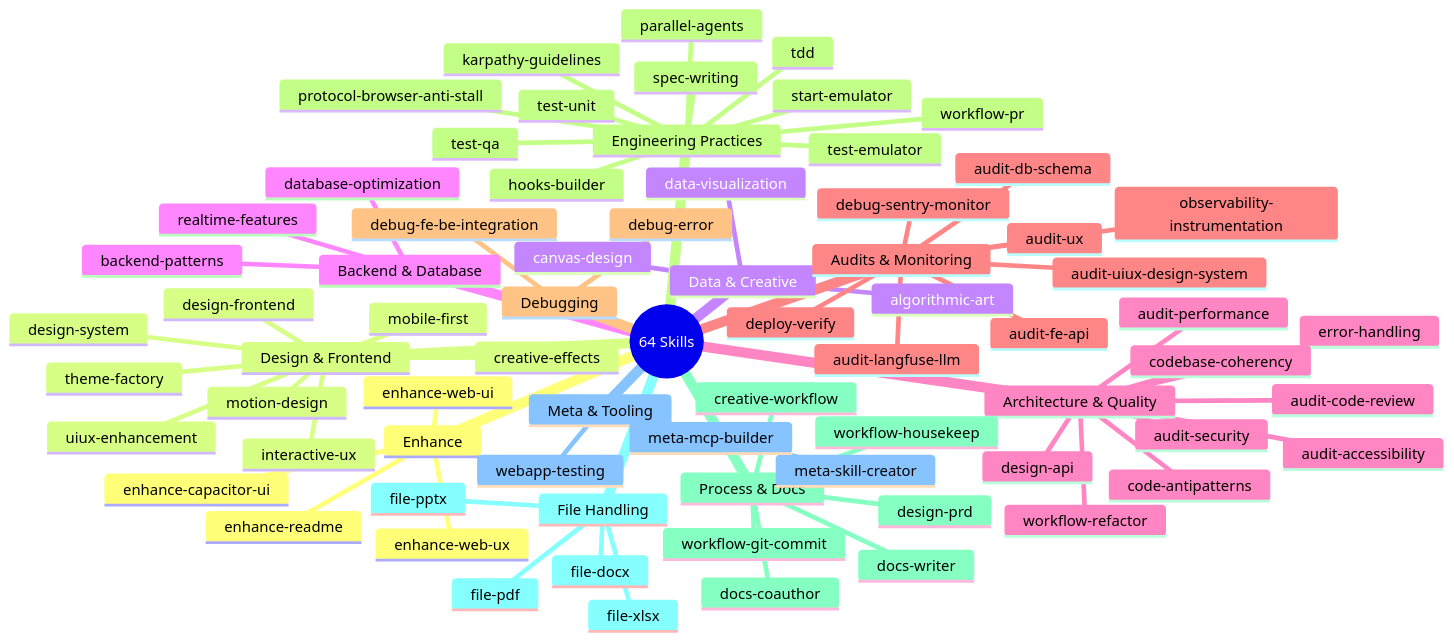
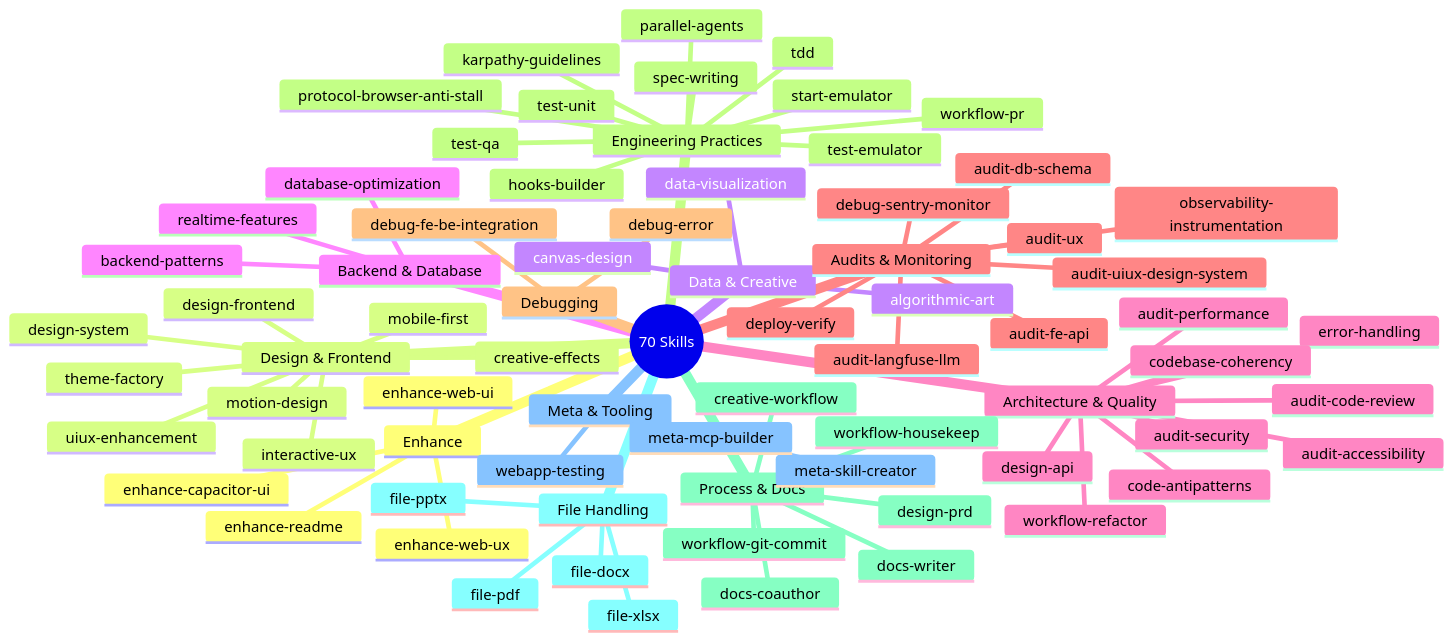
The seventh of 12 diagrams in README.md (kensaurus/cursor-kenji), drawn with Mermaid before and after one commit. The commit also changed other lines of this file and 4 other files, not shown here.

````diff
--- a/README.md
+++ b/README.md
@@ -553,76 +557,76 @@
 ```mermaid
 mindmap
-  root((64 Skills))
+  root((70 Skills))
     Enhance
       enhance-web-ui
       enhance-web-ux
       enhance-readme
       enhance-capacitor-ui
     Design & Frontend
       design-frontend
       design-system
       motion-design
       creative-effects
       uiux-enhancement
       interactive-ux
       mobile-first
       theme-factory
     Data & Creative
       data-visualization
       algorithmic-art
       canvas-design
     Backend & Database
       backend-patterns
       database-optimization
       realtime-features
     Architecture & Quality
       design-api
       error-handling
       code-antipatterns
       audit-code-review
       codebase-coherency
       workflow-refactor
       audit-performance
       audit-security
       audit-accessibility
     Audits & Monitoring
       audit-db-schema
       audit-fe-api
       audit-langfuse-llm
       audit-uiux-design-system
       audit-ux
       debug-sentry-monitor
       observability-instrumentation
       deploy-verify
     Debugging
       debug-error
       debug-fe-be-integration
     Engineering Practices
       tdd
       spec-writing
       parallel-agents
       hooks-builder
       karpathy-guidelines
       test-unit
       test-qa
       test-emulator
       start-emulator
       workflow-pr
       protocol-browser-anti-stall
     Process & Docs
       workflow-git-commit
       docs-coauthor
       docs-writer
       design-prd
       creative-workflow
       workflow-housekeep
     File Handling
       file-docx
       file-pdf
       file-pptx
       file-xlsx
     Meta & Tooling
       meta-skill-creator
       meta-mcp-builder
       webapp-testing
 ```
````
